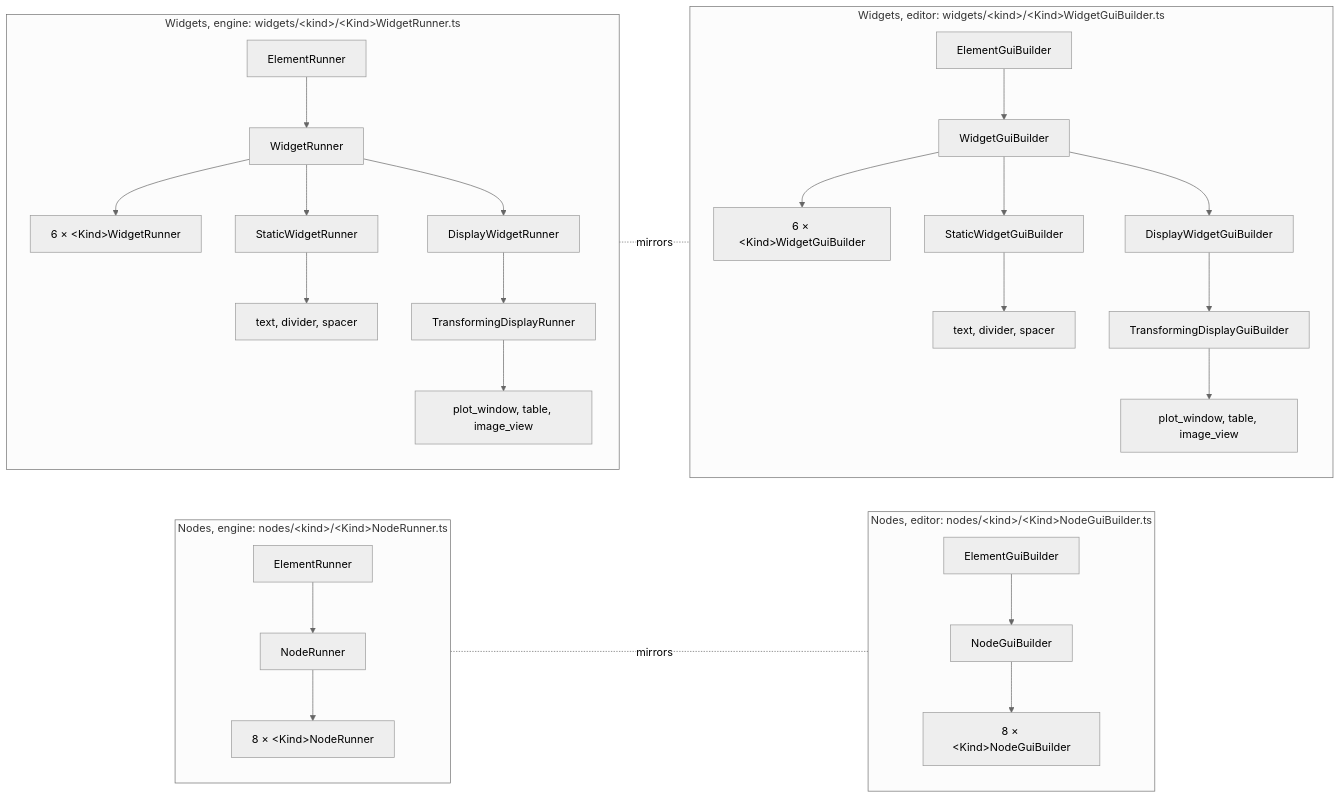
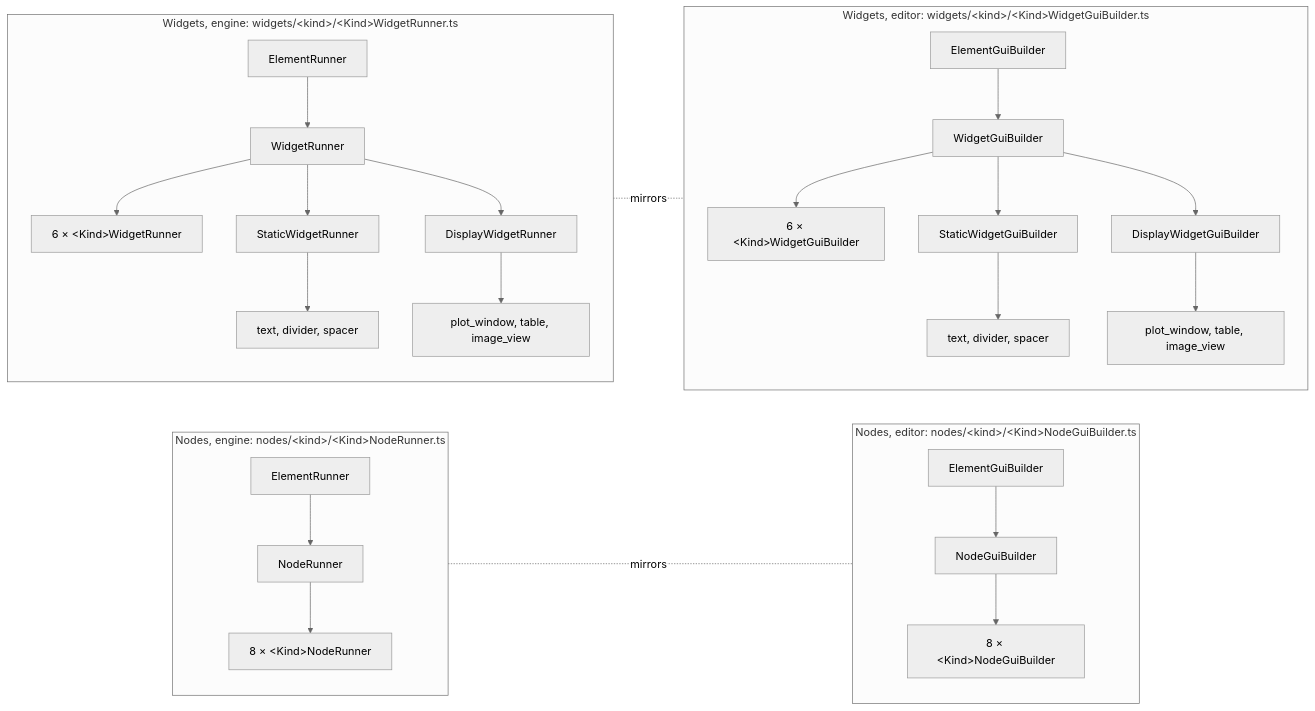
One commit to Archimedes79/AI_Graph changed the second of 8 diagrams in arch/overview.md. Above: the diagram before and after it, drawn with Mermaid (neutral theme). The commit also changed other lines of this file and 4 other files, not shown here.

````diff
--- a/arch/overview.md
+++ b/arch/overview.md
@@ -92,27 +92,27 @@
 ```mermaid
 flowchart LR
   subgraph NE["Nodes, engine: nodes/#lt;kind#gt;/#lt;Kind#gt;NodeRunner.ts"]
     direction TB
     ER1["ElementRunner"] --> NR["NodeRunner"] --> KNR["8 × #lt;Kind#gt;NodeRunner"]
   end
   subgraph NB["Nodes, editor: nodes/#lt;kind#gt;/#lt;Kind#gt;NodeGuiBuilder.ts"]
     direction TB
     EG1["ElementGuiBuilder"] --> NG["NodeGuiBuilder"] --> KNG["8 × #lt;Kind#gt;NodeGuiBuilder"]
   end
   subgraph WE["Widgets, engine: widgets/#lt;kind#gt;/#lt;Kind#gt;WidgetRunner.ts"]
     direction TB
     ER2["ElementRunner"] --> WR["WidgetRunner"]
     WR --> KWR["6 × #lt;Kind#gt;WidgetRunner"]
     WR --> SR["StaticWidgetRunner"] --> KSR["text, divider, spacer"]
-    WR --> DR["DisplayWidgetRunner"] --> TR["TransformingDisplayRunner"] --> KTR["plot_window, table, image_view"]
+    WR --> DR["DisplayWidgetRunner"] --> KTR["plot_window, table, image_view"]
   end
   subgraph WB["Widgets, editor: widgets/#lt;kind#gt;/#lt;Kind#gt;WidgetGuiBuilder.ts"]
     direction TB
     EG2["ElementGuiBuilder"] --> WG["WidgetGuiBuilder"]
     WG --> KWG["6 × #lt;Kind#gt;WidgetGuiBuilder"]
     WG --> SG["StaticWidgetGuiBuilder"] --> KSG["text, divider, spacer"]
-    WG --> DG["DisplayWidgetGuiBuilder"] --> TG["TransformingDisplayGuiBuilder"] --> KTG["plot_window, table, image_view"]
+    WG --> DG["DisplayWidgetGuiBuilder"] --> KTG["plot_window, table, image_view"]
   end
   NE -. mirrors .- NB
   WE -. mirrors .- WB
 ```
````
